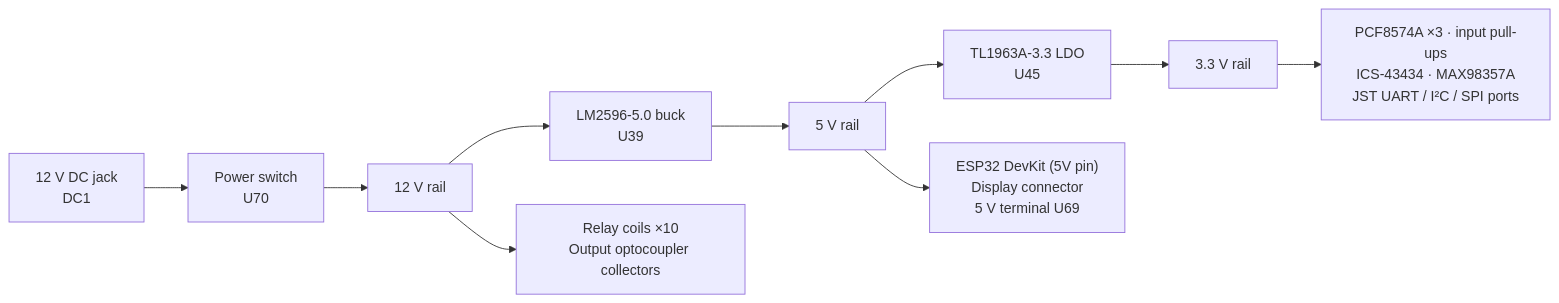
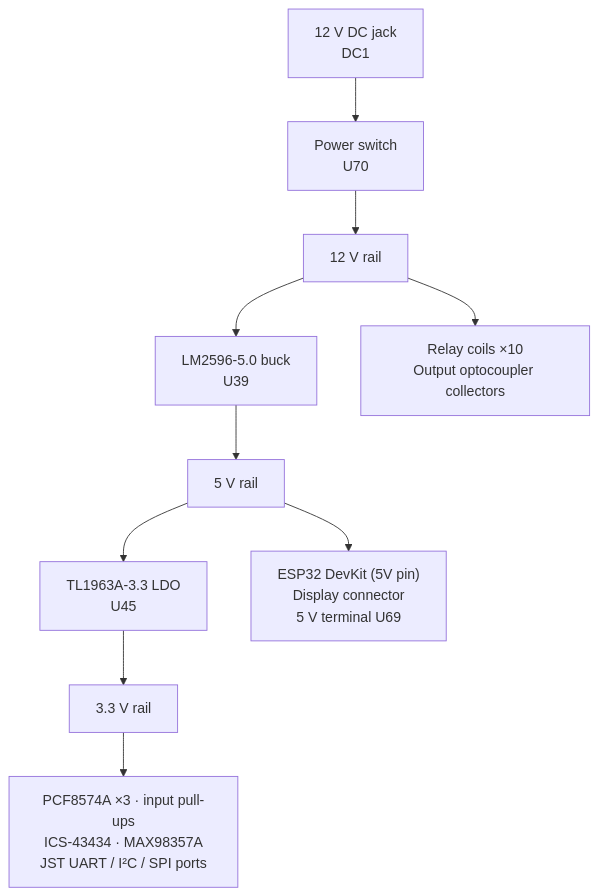
One commit to dadashovf8/ESP32-PLC-Controller changed the second of 2 diagrams in README.md. Above: the diagram before and after it, drawn with Mermaid.

Commit message:
Make power tree vertical

````diff
--- a/README.md
+++ b/README.md
@@ -61,10 +61,10 @@
 ```mermaid
-flowchart LR
+flowchart TB
     DC["12 V DC jack<br/>DC1"] --> SW["Power switch<br/>U70"] --> V12["12 V rail"]
     V12 --> BUCK["LM2596-5.0 buck<br/>U39"] --> V5["5 V rail"]
     V5 --> LDO["TL1963A-3.3 LDO<br/>U45"] --> V33["3.3 V rail"]
 
     V12 --> L12["Relay coils ×10<br/>Output optocoupler collectors"]
     V5 --> L5["ESP32 DevKit (5V pin)<br/>Display connector<br/>5 V terminal U69"]
     V33 --> L33["PCF8574A ×3 · input pull-ups<br/>ICS-43434 · MAX98357A<br/>JST UART / I²C / SPI ports"]
 ```
````
